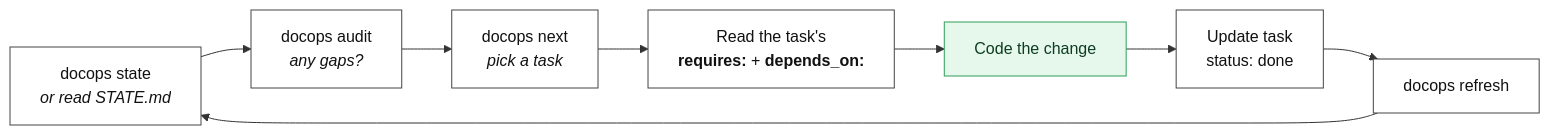
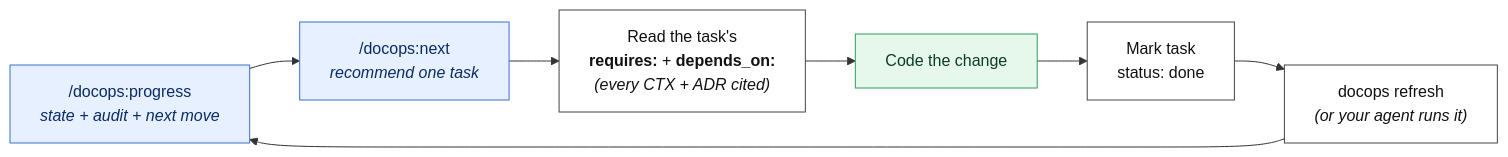
The fourth of 4 diagrams in README.md (logicwind/DocOps), drawn with Mermaid before and after one commit. The commit also changed other lines of this file, not shown here.

First line of the commit message:
docs(readme): reframe around slash commands; demote CLI to engine

````diff
--- a/README.md
+++ b/README.md
@@ -226,15 +217,16 @@
 ```mermaid
 flowchart LR
-    A["docops state<br/><i>or read STATE.md</i>"] --> B["docops audit<br/><i>any gaps?</i>"]
-    B --> C["docops next<br/><i>pick a task</i>"]
-    C --> D["Read the task's<br/><b>requires:</b> + <b>depends_on:</b>"]
-    D --> E["Code the change"]
-    E --> F["Update task<br/>status: done"]
-    F --> G["docops refresh"]
-    G --> A
+    A["/docops:progress<br/><i>state + audit + next move</i>"] --> B["/docops:next<br/><i>recommend one task</i>"]
+    B --> C["Read the task's<br/><b>requires:</b> + <b>depends_on:</b><br/><i>(every CTX + ADR cited)</i>"]
+    C --> D["Code the change"]
+    D --> E["Mark task<br/>status: done"]
+    E --> F["docops refresh<br/><i>(or your agent runs it)</i>"]
+    F --> A
 
+    classDef slash fill:#e7f0ff,stroke:#3b6fd0,color:#0a2c66
     classDef step fill:#fff,stroke:#444,color:#111
     classDef code fill:#e6f7ec,stroke:#2f9e5a,color:#0d3d22
-    class A,B,C,D,F,G step
-    class E code
+    class A,B slash
+    class C,E,F step
+    class D code
 ```
````
